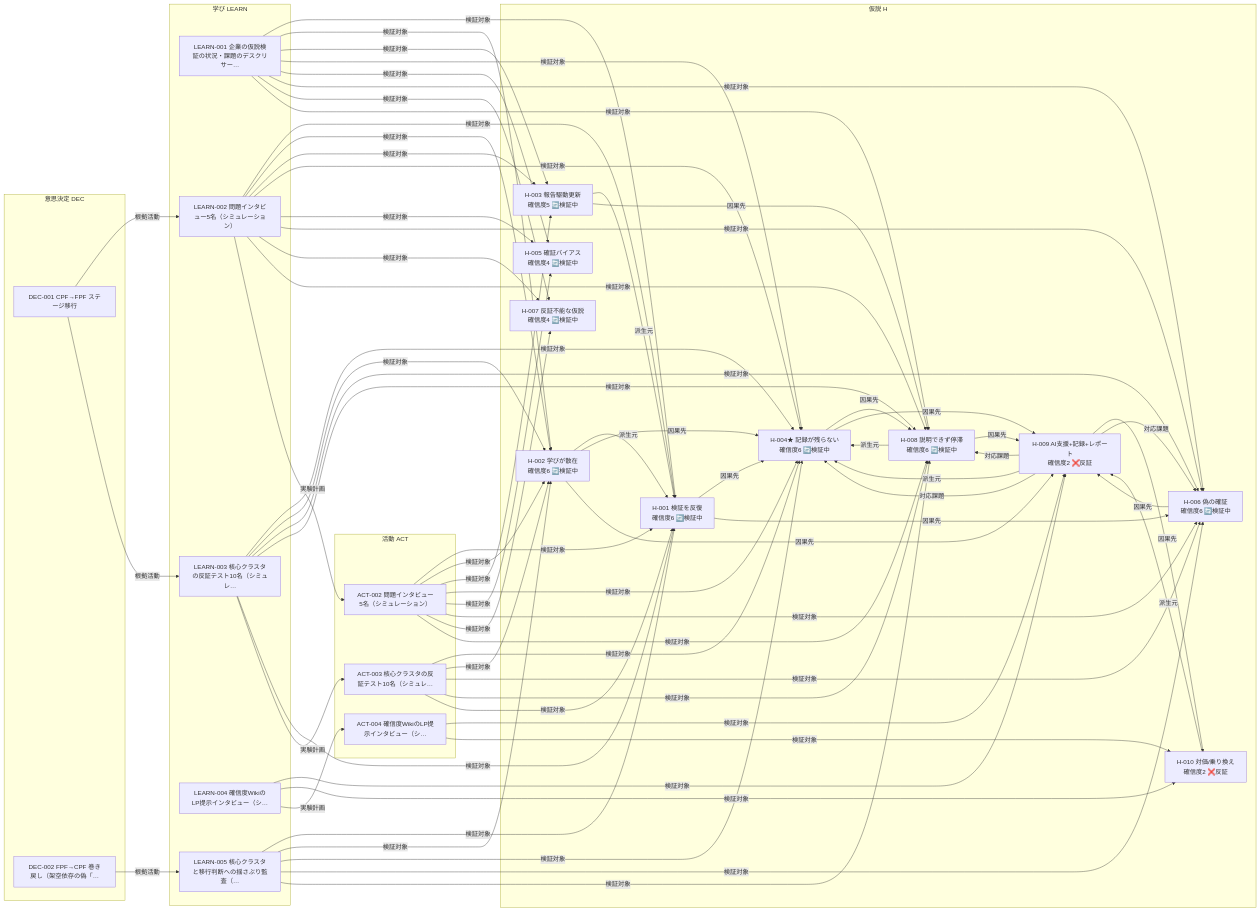
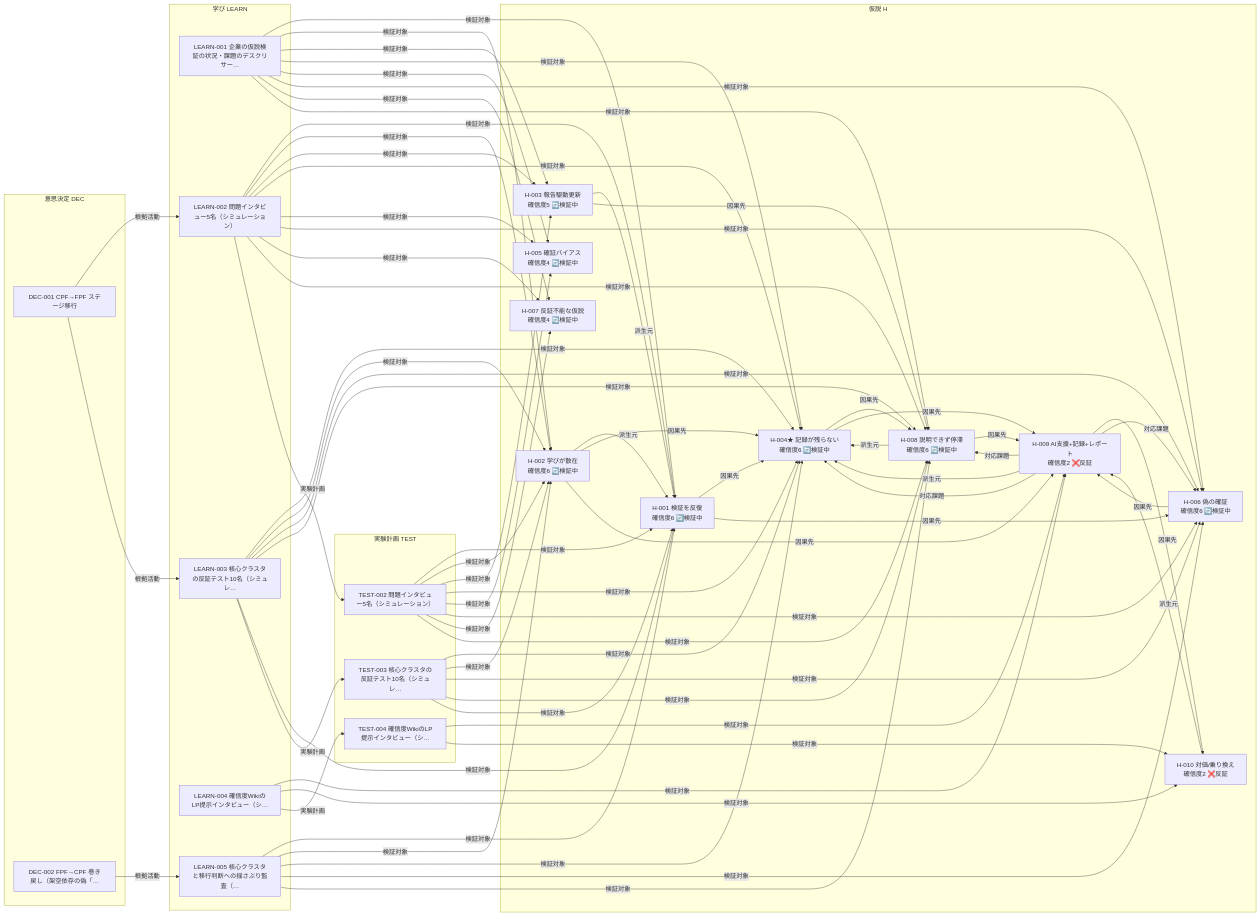
The diagram in projects/self/wiki/views/relations.md (haru01/hypothesis-wiki), drawn with Mermaid before and after one commit. The commit also changed other lines of this file and 77 other files, not shown here.

First line of the commit message:
レコード種別 ACT を TEST に改名し日本語ラベルを「実験計画」に統一 (#29)

```diff
--- a/projects/self/wiki/views/relations.md
+++ b/projects/self/wiki/views/relations.md
@@ -21,10 +21,10 @@
       SELF_H_009["H-009 AI支援+記録+レポート<br/>確信度2 ❌反証"]
       SELF_H_010["H-010 対価/乗り換え<br/>確信度2 ❌反証"]
     end
-    subgraph ACT["活動 ACT"]
-      SELF_ACT_002["ACT-002 問題インタビュー5名（シミュレーション）"]
-      SELF_ACT_003["ACT-003 核心クラスタの反証テスト10名（シミュレ…"]
-      SELF_ACT_004["ACT-004 確信度WikiのLP提示インタビュー（シ…"]
+    subgraph TEST["実験計画 TEST"]
+      SELF_TEST_002["TEST-002 問題インタビュー5名（シミュレーション）"]
+      SELF_TEST_003["TEST-003 核心クラスタの反証テスト10名（シミュレ…"]
+      SELF_TEST_004["TEST-004 確信度WikiのLP提示インタビュー（シ…"]
     end
     subgraph LEARN["学び LEARN"]
       SELF_LEARN_001["LEARN-001 企業の仮説検証の状況・課題のデスクリサー…"]
@@ -55,21 +55,21 @@
     SELF_H_009 -->|対応課題| SELF_H_006
     SELF_H_009 -->|対応課題| SELF_H_008
     SELF_H_010 -->|派生元| SELF_H_009
-    SELF_ACT_002 -->|検証対象| SELF_H_001
-    SELF_ACT_002 -->|検証対象| SELF_H_002
-    SELF_ACT_002 -->|検証対象| SELF_H_003
-    SELF_ACT_002 -->|検証対象| SELF_H_004
-    SELF_ACT_002 -->|検証対象| SELF_H_005
-    SELF_ACT_002 -->|検証対象| SELF_H_006
-    SELF_ACT_002 -->|検証対象| SELF_H_007
-    SELF_ACT_002 -->|検証対象| SELF_H_008
-    SELF_ACT_003 -->|検証対象| SELF_H_004
-    SELF_ACT_003 -->|検証対象| SELF_H_002
-    SELF_ACT_003 -->|検証対象| SELF_H_006
-    SELF_ACT_003 -->|検証対象| SELF_H_008
-    SELF_ACT_003 -->|検証対象| SELF_H_001
-    SELF_ACT_004 -->|検証対象| SELF_H_009
-    SELF_ACT_004 -->|検証対象| SELF_H_010
+    SELF_TEST_002 -->|検証対象| SELF_H_001
+    SELF_TEST_002 -->|検証対象| SELF_H_002
+    SELF_TEST_002 -->|検証対象| SELF_H_003
+    SELF_TEST_002 -->|検証対象| SELF_H_004
+    SELF_TEST_002 -->|検証対象| SELF_H_005
+    SELF_TEST_002 -->|検証対象| SELF_H_006
+    SELF_TEST_002 -->|検証対象| SELF_H_007
+    SELF_TEST_002 -->|検証対象| SELF_H_008
+    SELF_TEST_003 -->|検証対象| SELF_H_004
+    SELF_TEST_003 -->|検証対象| SELF_H_002
+    SELF_TEST_003 -->|検証対象| SELF_H_006
+    SELF_TEST_003 -->|検証対象| SELF_H_008
+    SELF_TEST_003 -->|検証対象| SELF_H_001
+    SELF_TEST_004 -->|検証対象| SELF_H_009
+    SELF_TEST_004 -->|検証対象| SELF_H_010
     SELF_LEARN_001 -->|検証対象| SELF_H_001
     SELF_LEARN_001 -->|検証対象| SELF_H_002
     SELF_LEARN_001 -->|検証対象| SELF_H_003
@@ -86,16 +86,16 @@
     SELF_LEARN_002 -->|検証対象| SELF_H_006
     SELF_LEARN_002 -->|検証対象| SELF_H_007
     SELF_LEARN_002 -->|検証対象| SELF_H_008
-    SELF_LEARN_002 -->|実験計画| SELF_ACT_002
+    SELF_LEARN_002 -->|実験計画| SELF_TEST_002
     SELF_LEARN_003 -->|検証対象| SELF_H_004
     SELF_LEARN_003 -->|検証対象| SELF_H_002
     SELF_LEARN_003 -->|検証対象| SELF_H_006
     SELF_LEARN_003 -->|検証対象| SELF_H_008
     SELF_LEARN_003 -->|検証対象| SELF_H_001
-    SELF_LEARN_003 -->|実験計画| SELF_ACT_003
+    SELF_LEARN_003 -->|実験計画| SELF_TEST_003
     SELF_LEARN_004 -->|検証対象| SELF_H_009
     SELF_LEARN_004 -->|検証対象| SELF_H_010
-    SELF_LEARN_004 -->|実験計画| SELF_ACT_004
+    SELF_LEARN_004 -->|実験計画| SELF_TEST_004
     SELF_LEARN_005 -->|検証対象| SELF_H_001
     SELF_LEARN_005 -->|検証対象| SELF_H_002
     SELF_LEARN_005 -->|検証対象| SELF_H_004
```
